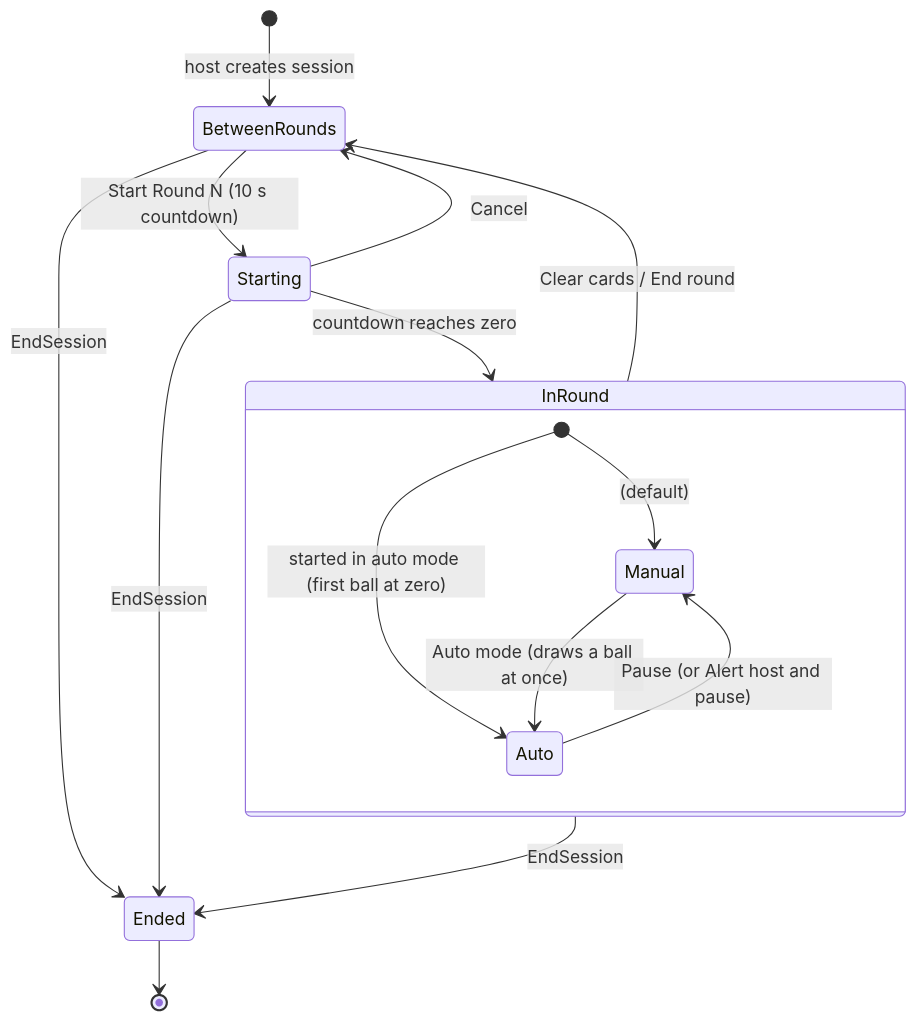
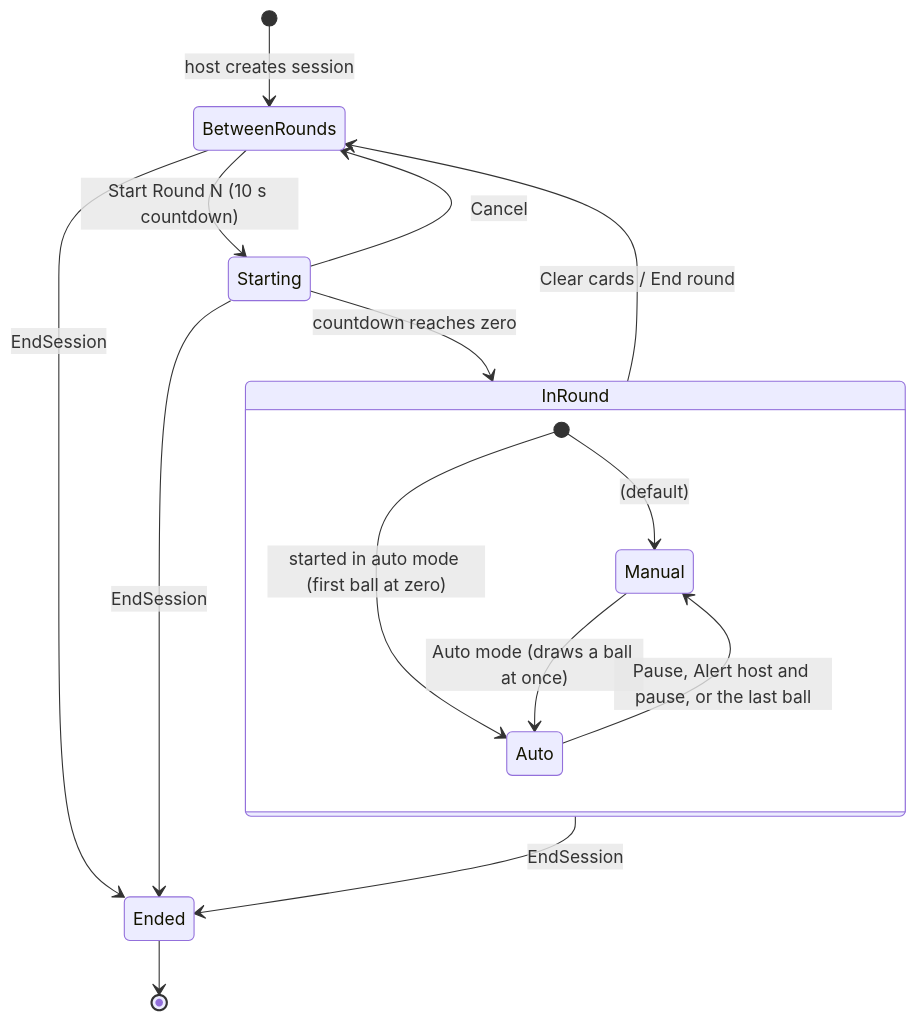
The first of 2 diagrams in docs/03-game-state-machine.md (icemanjr/SyncBingo), drawn with Mermaid before and after one commit. The commit also changed 6 other files, not shown here.

First line of the commit message:
feat(domain): auto mode returns to manual after the last ball (#25)

````diff
--- a/docs/03-game-state-machine.md
+++ b/docs/03-game-state-machine.md
@@ -5,18 +5,18 @@
 ```mermaid
 stateDiagram-v2
     [*] --> BetweenRounds : host creates session
     BetweenRounds --> Starting : Start Round N (10 s countdown)
     Starting --> BetweenRounds : Cancel
     Starting --> InRound : countdown reaches zero
     state InRound {
         [*] --> Manual : (default)
         [*] --> Auto : started in auto mode (first ball at zero)
         Manual --> Auto : Auto mode (draws a ball at once)
-        Auto --> Manual : Pause (or Alert host and pause)
+        Auto --> Manual : Pause, Alert host and pause, or the last ball
     }
     InRound --> BetweenRounds : Clear cards / End round
     BetweenRounds --> Ended : EndSession
     Starting --> Ended : EndSession
     InRound --> Ended : EndSession
     Ended --> [*]
 ```
````
